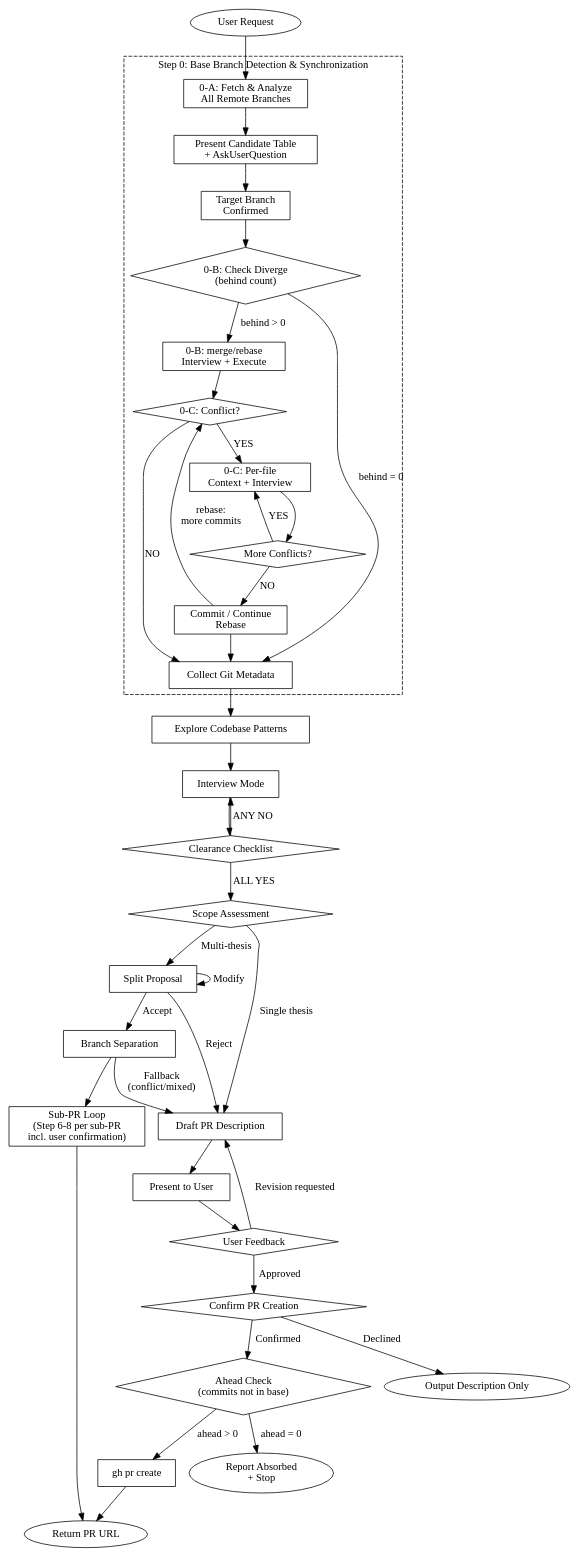
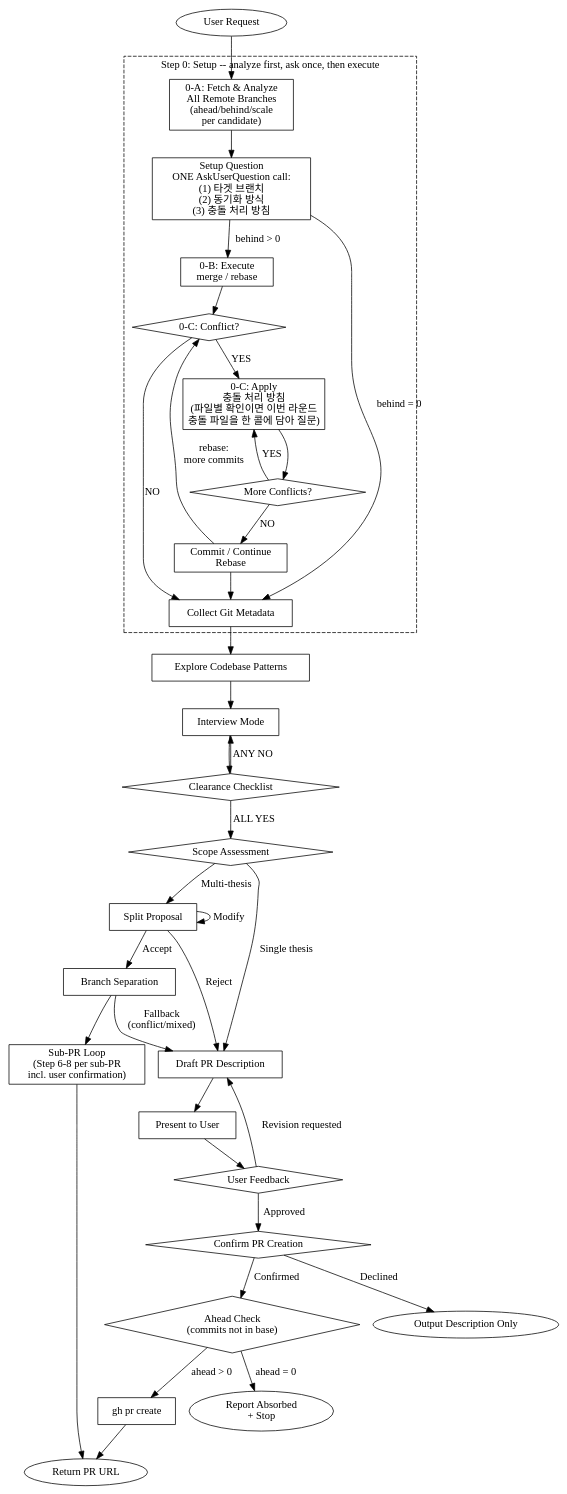
The diagram in skills/make-pr/SKILL.md (toongri/oh-my-toong-playground), drawn with Graphviz before and after one commit. The commit also changed other lines of this file and 1 other file, not shown here.

````diff
--- a/skills/make-pr/SKILL.md
+++ b/skills/make-pr/SKILL.md
@@ -61,77 +61,73 @@
 ```dot
 digraph make_pr_flow {
     rankdir=TB;
 
     "User Request" [shape=ellipse];
 
     subgraph cluster_step0 {
-        label="Step 0: Base Branch Detection & Synchronization";
+        label="Step 0: Setup -- analyze first, ask once, then execute";
         style=dashed;
-        "0-A: Fetch & Analyze\nAll Remote Branches" [shape=box];
-        "Present Candidate Table\n+ AskUserQuestion" [shape=box];
-        "Target Branch\nConfirmed" [shape=box];
-        "0-B: Check Diverge\n(behind count)" [shape=diamond];
-        "0-B: merge/rebase\nInterview + Execute" [shape=box];
+        "0-A: Fetch & Analyze\nAll Remote Branches\n(ahead/behind/scale\nper candidate)" [shape=box];
+        "Setup Question\nONE AskUserQuestion call:\n(1) 타겟 브랜치\n(2) 동기화 방식\n(3) 충돌 처리 방침" [shape=box];
+        "0-B: Execute\nmerge / rebase" [shape=box];
         "0-C: Conflict?" [shape=diamond];
-        "0-C: Per-file\nContext + Interview" [shape=box];
+        "0-C: Apply\n충돌 처리 방침\n(파일별 확인이면 이번 라운드\n충돌 파일을 한 콜에 담아 질문)" [shape=box];
         "More Conflicts?" [shape=diamond];
         "Commit / Continue\nRebase" [shape=box];
 
-        "0-A: Fetch & Analyze\nAll Remote Branches" -> "Present Candidate Table\n+ AskUserQuestion";
-        "Present Candidate Table\n+ AskUserQuestion" -> "Target Branch\nConfirmed";
-        "Target Branch\nConfirmed" -> "0-B: Check Diverge\n(behind count)";
-        "0-B: Check Diverge\n(behind count)" -> "0-B: merge/rebase\nInterview + Execute" [label="behind > 0"];
-        "0-B: merge/rebase\nInterview + Execute" -> "0-C: Conflict?";
-        "0-C: Conflict?" -> "0-C: Per-file\nContext + Interview" [label="YES"];
+        "0-A: Fetch & Analyze\nAll Remote Branches\n(ahead/behind/scale\nper candidate)" -> "Setup Question\nONE AskUserQuestion call:\n(1) 타겟 브랜치\n(2) 동기화 방식\n(3) 충돌 처리 방침";
+        "Setup Question\nONE AskUserQuestion call:\n(1) 타겟 브랜치\n(2) 동기화 방식\n(3) 충돌 처리 방침" -> "0-B: Execute\nmerge / rebase" [label="behind > 0"];
+        "0-B: Execute\nmerge / rebase" -> "0-C: Conflict?";
+        "0-C: Conflict?" -> "0-C: Apply\n충돌 처리 방침\n(파일별 확인이면 이번 라운드\n충돌 파일을 한 콜에 담아 질문)" [label="YES"];
         "0-C: Conflict?" -> "Collect Git Metadata" [label="NO"];
-        "0-C: Per-file\nContext + Interview" -> "More Conflicts?";
-        "More Conflicts?" -> "0-C: Per-file\nContext + Interview" [label="YES"];
+        "0-C: Apply\n충돌 처리 방침\n(파일별 확인이면 이번 라운드\n충돌 파일을 한 콜에 담아 질문)" -> "More Conflicts?";
+        "More Conflicts?" -> "0-C: Apply\n충돌 처리 방침\n(파일별 확인이면 이번 라운드\n충돌 파일을 한 콜에 담아 질문)" [label="YES"];
         "More Conflicts?" -> "Commit / Continue\nRebase" [label="NO"];
     }
 
     "Collect Git Metadata" [shape=box];
     "Explore Codebase Patterns" [shape=box];
     "Interview Mode" [shape=box];
     "Clearance Checklist" [shape=diamond];
     "Scope Assessment" [shape=diamond];
     "Split Proposal" [shape=box];
     "Branch Separation" [shape=box];
     "Sub-PR Loop\n(Step 6-8 per sub-PR\nincl. user confirmation)" [shape=box];
     "Draft PR Description" [shape=box];
     "Present to User" [shape=box];
     "User Feedback" [shape=diamond];
     "Confirm PR Creation" [shape=diamond];
     "Ahead Check\n(commits not in base)" [shape=diamond];
     "gh pr create" [shape=box];
     "Return PR URL" [shape=ellipse];
     "Output Description Only" [shape=ellipse];
     "Report Absorbed\n+ Stop" [shape=ellipse];
 
-    "User Request" -> "0-A: Fetch & Analyze\nAll Remote Branches";
-    "0-B: Check Diverge\n(behind count)" -> "Collect Git Metadata" [label="behind = 0"];
+    "User Request" -> "0-A: Fetch & Analyze\nAll Remote Branches\n(ahead/behind/scale\nper candidate)";
+    "Setup Question\nONE AskUserQuestion call:\n(1) 타겟 브랜치\n(2) 동기화 방식\n(3) 충돌 처리 방침" -> "Collect Git Metadata" [label="behind = 0"];
     "Commit / Continue\nRebase" -> "Collect Git Metadata";
     "Commit / Continue\nRebase" -> "0-C: Conflict?" [label="rebase:\nmore commits"];
     "Collect Git Metadata" -> "Explore Codebase Patterns";
     "Explore Codebase Patterns" -> "Interview Mode";
     "Interview Mode" -> "Clearance Checklist";
     "Clearance Checklist" -> "Interview Mode" [label="ANY NO"];
     "Clearance Checklist" -> "Scope Assessment" [label="ALL YES"];
     "Scope Assessment" -> "Draft PR Description" [label="Single thesis"];
     "Scope Assessment" -> "Split Proposal" [label="Multi-thesis"];
     "Split Proposal" -> "Branch Separation" [label="Accept"];
     "Split Proposal" -> "Draft PR Description" [label="Reject"];
     "Split Proposal" -> "Split Proposal" [label="Modify"];
     "Branch Separation" -> "Sub-PR Loop\n(Step 6-8 per sub-PR\nincl. user confirmation)";
     "Branch Separation" -> "Draft PR Description" [label="Fallback\n(conflict/mixed)"];
     "Sub-PR Loop\n(Step 6-8 per sub-PR\nincl. user confirmation)" -> "Return PR URL";
     "Draft PR Description" -> "Present to User";
     "Present to User" -> "User Feedback";
     "User Feedback" -> "Draft PR Description" [label="Revision requested"];
     "User Feedback" -> "Confirm PR Creation" [label="Approved"];
     "Confirm PR Creation" -> "Output Description Only" [label="Declined"];
     "Confirm PR Creation" -> "Ahead Check\n(commits not in base)" [label="Confirmed"];
     "Ahead Check\n(commits not in base)" -> "gh pr create" [label="ahead > 0"];
     "Ahead Check\n(commits not in base)" -> "Report Absorbed\n+ Stop" [label="ahead = 0"];
     "gh pr create" -> "Return PR URL";
 }
 ```
````
